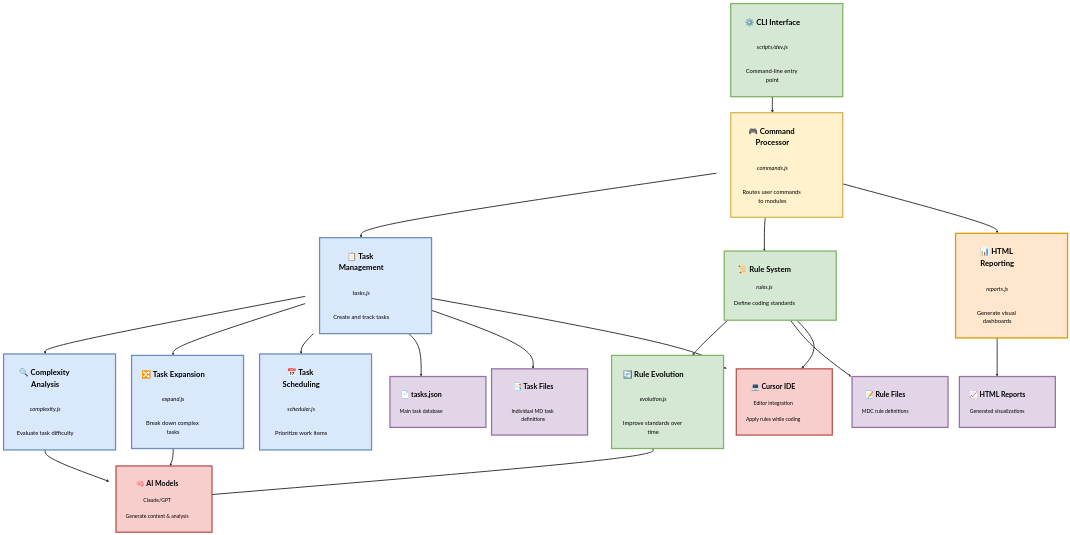
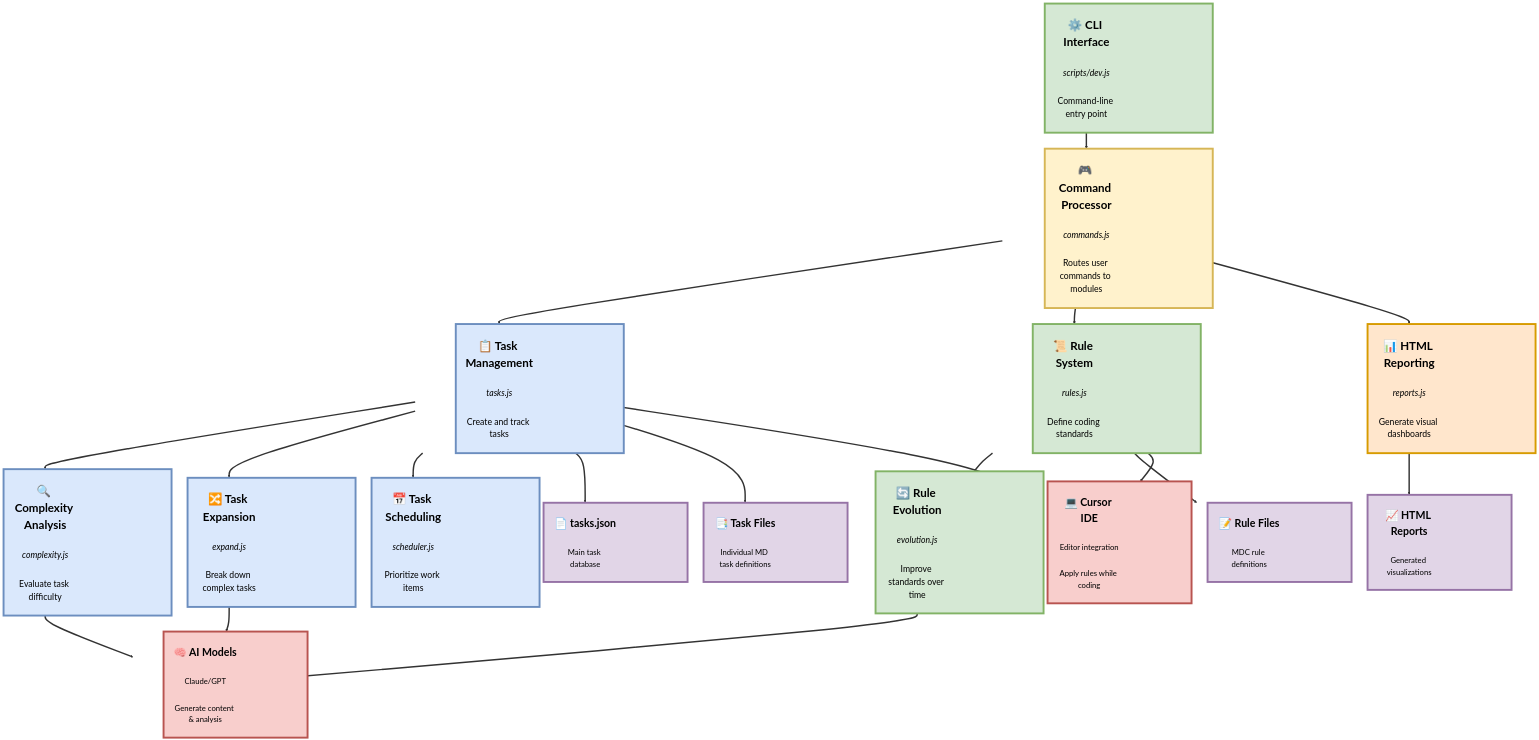
The first of 4 diagrams in docs/workflow-guide.md (colours93/cursor_workflow), drawn with Mermaid before and after one commit. The commit also changed other lines of this file, not shown here.

Commit message:
Increase diagram components by 1.5x for better readability

````diff
--- a/docs/workflow-guide.md
+++ b/docs/workflow-guide.md
@@ -159,66 +159,66 @@
 ```mermaid
 flowchart TB
     %% Define the main components with clear hierarchy for vertical flow
-    CLI["<div style='font-size:24px; font-weight:bold'>⚙️ CLI Interface</div>
-         <div style='font-size:18px'><i>scripts/dev.js</i></div>
-         <div style='font-size:18px'>Command-line entry point</div>"]
+    CLI["<div style='font-size:36px; font-weight:bold'>⚙️ CLI Interface</div>
+         <div style='font-size:27px'><i>scripts/dev.js</i></div>
+         <div style='font-size:27px'>Command-line entry point</div>"]
     
-    CMD["<div style='font-size:24px; font-weight:bold'>🎮 Command Processor</div>
-         <div style='font-size:18px'><i>commands.js</i></div>
-         <div style='font-size:18px'>Routes user commands to modules</div>"]
+    CMD["<div style='font-size:36px; font-weight:bold'>🎮 Command Processor</div>
+         <div style='font-size:27px'><i>commands.js</i></div>
+         <div style='font-size:27px'>Routes user commands to modules</div>"]
     
     %% Task Management Components
-    TASK["<div style='font-size:24px; font-weight:bold'>📋 Task Management</div>
-          <div style='font-size:18px'><i>tasks.js</i></div>
-          <div style='font-size:18px'>Create and track tasks</div>"]
+    TASK["<div style='font-size:36px; font-weight:bold'>📋 Task Management</div>
+          <div style='font-size:27px'><i>tasks.js</i></div>
+          <div style='font-size:27px'>Create and track tasks</div>"]
     
-    EXPAND["<div style='font-size:24px; font-weight:bold'>🔀 Task Expansion</div>
-            <div style='font-size:18px'><i>expand.js</i></div>
-            <div style='font-size:18px'>Break down complex tasks</div>"]
+    EXPAND["<div style='font-size:36px; font-weight:bold'>🔀 Task Expansion</div>
+            <div style='font-size:27px'><i>expand.js</i></div>
+            <div style='font-size:27px'>Break down complex tasks</div>"]
     
-    CMPLX["<div style='font-size:24px; font-weight:bold'>🔍 Complexity Analysis</div>
-           <div style='font-size:18px'><i>complexity.js</i></div>
-           <div style='font-size:18px'>Evaluate task difficulty</div>"]
+    CMPLX["<div style='font-size:36px; font-weight:bold'>🔍 Complexity Analysis</div>
+           <div style='font-size:27px'><i>complexity.js</i></div>
+           <div style='font-size:27px'>Evaluate task difficulty</div>"]
     
-    SCHED["<div style='font-size:24px; font-weight:bold'>📅 Task Scheduling</div>
-           <div style='font-size:18px'><i>scheduler.js</i></div>
-           <div style='font-size:18px'>Prioritize work items</div>"]
+    SCHED["<div style='font-size:36px; font-weight:bold'>📅 Task Scheduling</div>
+           <div style='font-size:27px'><i>scheduler.js</i></div>
+           <div style='font-size:27px'>Prioritize work items</div>"]
     
     %% Rule System Components
-    RULE["<div style='font-size:24px; font-weight:bold'>📜 Rule System</div>
-          <div style='font-size:18px'><i>rules.js</i></div>
-          <div style='font-size:18px'>Define coding standards</div>"]
+    RULE["<div style='font-size:36px; font-weight:bold'>📜 Rule System</div>
+          <div style='font-size:27px'><i>rules.js</i></div>
+          <div style='font-size:27px'>Define coding standards</div>"]
     
-    EVOL["<div style='font-size:24px; font-weight:bold'>🔄 Rule Evolution</div>
-          <div style='font-size:18px'><i>evolution.js</i></div>
-          <div style='font-size:18px'>Improve standards over time</div>"]
+    EVOL["<div style='font-size:36px; font-weight:bold'>🔄 Rule Evolution</div>
+          <div style='font-size:27px'><i>evolution.js</i></div>
+          <div style='font-size:27px'>Improve standards over time</div>"]
     
     %% Reporting Components
-    REPORT["<div style='font-size:24px; font-weight:bold'>📊 HTML Reporting</div>
-            <div style='font-size:18px'><i>reports.js</i></div>
-            <div style='font-size:18px'>Generate visual dashboards</div>"]
+    REPORT["<div style='font-size:36px; font-weight:bold'>📊 HTML Reporting</div>
+            <div style='font-size:27px'><i>reports.js</i></div>
+            <div style='font-size:27px'>Generate visual dashboards</div>"]
     
     %% Storage Components
-    JSON["<div style='font-size:22px; font-weight:bold'>📄 tasks.json</div>
-          <div style='font-size:16px'>Main task database</div>"]
+    JSON["<div style='font-size:33px; font-weight:bold'>📄 tasks.json</div>
+          <div style='font-size:24px'>Main task database</div>"]
     
-    TASKFILES["<div style='font-size:22px; font-weight:bold'>📑 Task Files</div>
-               <div style='font-size:16px'>Individual MD task definitions</div>"]
+    TASKFILES["<div style='font-size:33px; font-weight:bold'>📑 Task Files</div>
+               <div style='font-size:24px'>Individual MD task definitions</div>"]
     
-    RULEFILES["<div style='font-size:22px; font-weight:bold'>📝 Rule Files</div>
-               <div style='font-size:16px'>MDC rule definitions</div>"]
+    RULEFILES["<div style='font-size:33px; font-weight:bold'>📝 Rule Files</div>
+               <div style='font-size:24px'>MDC rule definitions</div>"]
     
-    HTML["<div style='font-size:22px; font-weight:bold'>📈 HTML Reports</div>
-          <div style='font-size:16px'>Generated visualizations</div>"]
+    HTML["<div style='font-size:33px; font-weight:bold'>📈 HTML Reports</div>
+          <div style='font-size:24px'>Generated visualizations</div>"]
     
     %% External System Components
-    AI["<div style='font-size:22px; font-weight:bold'>🧠 AI Models</div>
-        <div style='font-size:16px'>Claude/GPT</div>
-        <div style='font-size:16px'>Generate content & analysis</div>"]
+    AI["<div style='font-size:33px; font-weight:bold'>🧠 AI Models</div>
+        <div style='font-size:24px'>Claude/GPT</div>
+        <div style='font-size:24px'>Generate content & analysis</div>"]
     
-    IDE["<div style='font-size:22px; font-weight:bold'>💻 Cursor IDE</div>
-         <div style='font-size:16px'>Editor integration</div>
-         <div style='font-size:16px'>Apply rules while coding</div>"]
+    IDE["<div style='font-size:33px; font-weight:bold'>💻 Cursor IDE</div>
+         <div style='font-size:24px'>Editor integration</div>
+         <div style='font-size:24px'>Apply rules while coding</div>"]
     
     %% Define vertical connections - critical for TB flow
     CLI --> CMD
@@ -253,14 +253,14 @@
     RULE --> IDE
     TASK --> IDE
     
-    %% Style definitions - NARROWER width for vertical flow
-    classDef cliNode fill:#d5e8d4,stroke:#82b366,stroke-width:4px,color:black,width:350px,padding:20px,border-radius:15px;
-    classDef cmdNode fill:#fff2cc,stroke:#d6b656,stroke-width:4px,color:black,width:350px,padding:20px,border-radius:15px;
-    classDef taskNode fill:#dae8fc,stroke:#6c8ebf,stroke-width:4px,color:black,width:350px,padding:20px,border-radius:15px;
-    classDef ruleNode fill:#d5e8d4,stroke:#82b366,stroke-width:4px,color:black,width:350px,padding:20px,border-radius:15px;
-    classDef reportNode fill:#ffe6cc,stroke:#d79b00,stroke-width:4px,color:black,width:350px,padding:20px,border-radius:15px;
-    classDef storageNode fill:#e1d5e7,stroke:#9673a6,stroke-width:4px,color:black,width:300px,padding:15px,border-radius:15px;
-    classDef externalNode fill:#f8cecc,stroke:#b85450,stroke-width:4px,color:black,width:300px,padding:15px,border-radius:15px;
+    %% Style definitions - LARGER width (1.5x) for bigger components
+    classDef cliNode fill:#d5e8d4,stroke:#82b366,stroke-width:6px,color:black,width:525px,padding:30px,border-radius:22px;
+    classDef cmdNode fill:#fff2cc,stroke:#d6b656,stroke-width:6px,color:black,width:525px,padding:30px,border-radius:22px;
+    classDef taskNode fill:#dae8fc,stroke:#6c8ebf,stroke-width:6px,color:black,width:525px,padding:30px,border-radius:22px;
+    classDef ruleNode fill:#d5e8d4,stroke:#82b366,stroke-width:6px,color:black,width:525px,padding:30px,border-radius:22px;
+    classDef reportNode fill:#ffe6cc,stroke:#d79b00,stroke-width:6px,color:black,width:525px,padding:30px,border-radius:22px;
+    classDef storageNode fill:#e1d5e7,stroke:#9673a6,stroke-width:6px,color:black,width:450px,padding:22px,border-radius:22px;
+    classDef externalNode fill:#f8cecc,stroke:#b85450,stroke-width:6px,color:black,width:450px,padding:22px,border-radius:22px;
     
     %% Apply styles to nodes
     class CLI cliNode;
@@ -272,5 +272,5 @@
     class AI,IDE externalNode;
     
     %% Link styling
-    linkStyle default stroke:#333,stroke-width:3px;
+    linkStyle default stroke:#333,stroke-width:4.5px;
 ```
````
